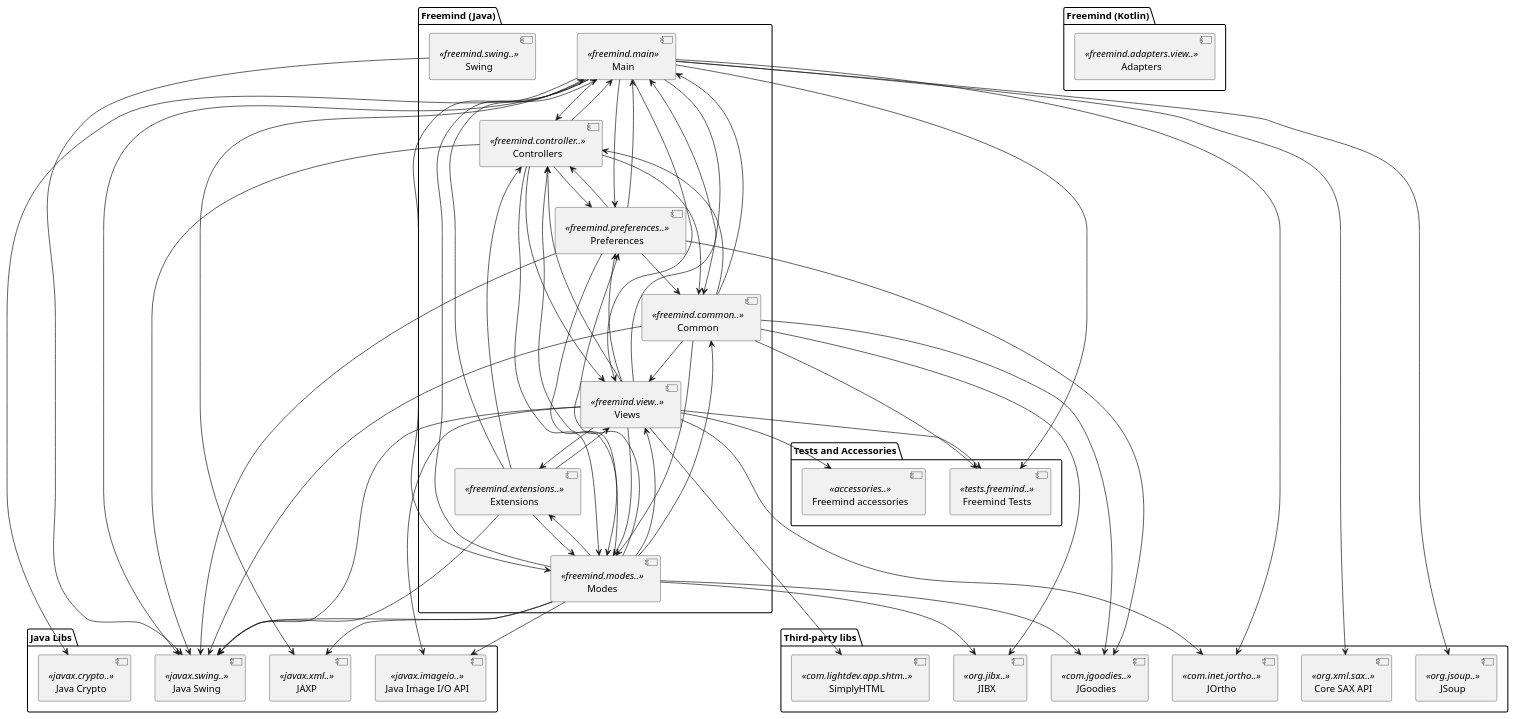
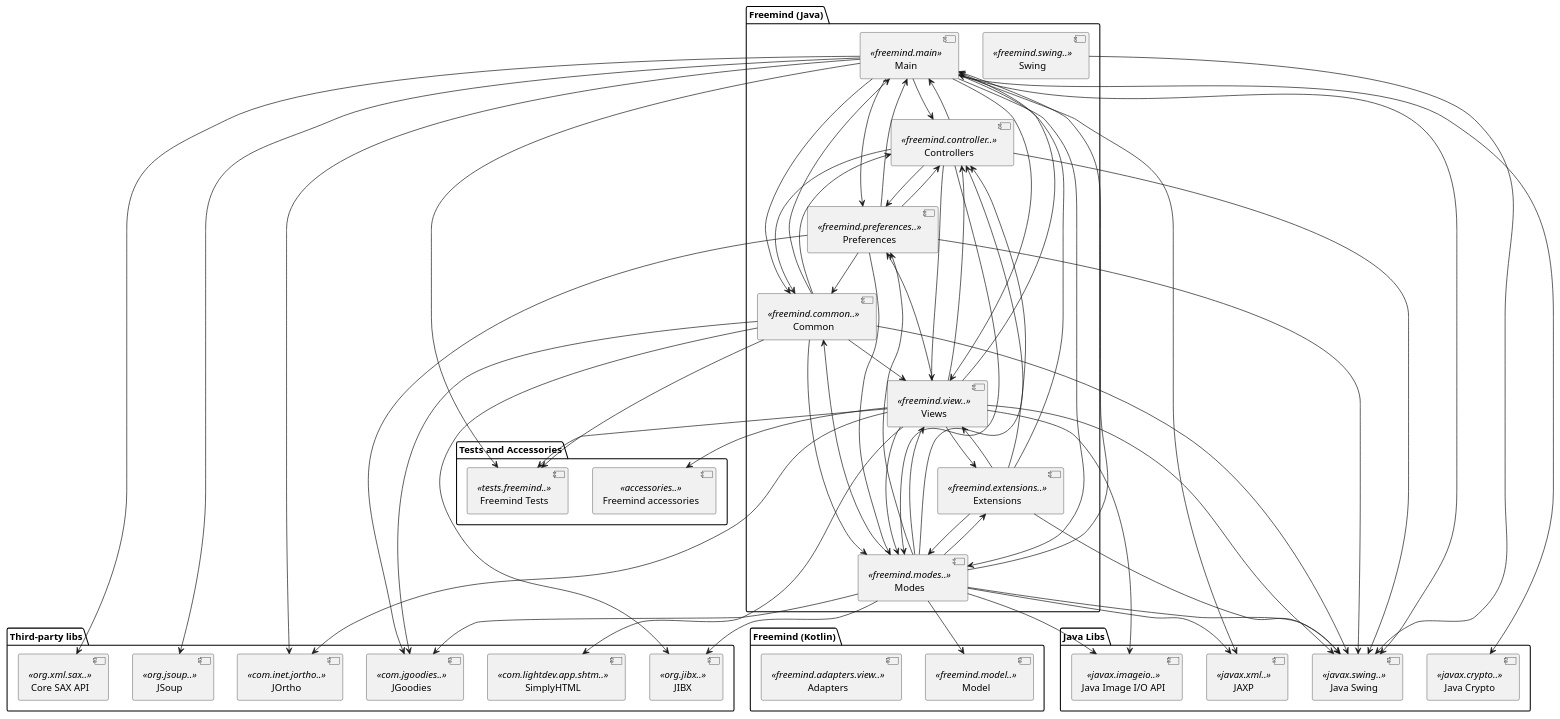
The diagram in uml/Freemind.puml (d4span/freemind-old), drawn with PlantUML before and after one commit. The commit also changed 6 other files, not shown here.

Commit message:
Moved the text property from the Java interface MindMapNode to the Kotlin interface MindmapNode.kt.

```diff
--- a/uml/Freemind.puml
+++ b/uml/Freemind.puml
@@ -1,107 +1,109 @@
 @startuml Freemind
 
 package "Freemind (Java)" {
     [Main] <<freemind.main>>
     [Controllers] <<freemind.controller..>>
     [Modes] <<freemind.modes..>>
     [Views] <<freemind.view..>>
     [Common] <<freemind.common..>>
     [Preferences] <<freemind.preferences..>>
     [Extensions] <<freemind.extensions..>>
     [Swing] <<freemind.swing..>>
 }
 
 package "Freemind (Kotlin)" {
+    [Model] <<freemind.model..>>
     [Adapters] <<freemind.adapters.view..>>
 }
 
 package "Tests and Accessories" {
     [Freemind Tests] <<tests.freemind..>>
     [Freemind accessories] <<accessories..>>
 }
 
 package "Java Libs" {
     [Java Swing] <<javax.swing..>>
     [JAXP] <<javax.xml..>>
     [Java Crypto] <<javax.crypto..>>
     [Java Image I/O API] <<javax.imageio..>>
 }
 
 package "Third-party libs" {
     [JSoup] <<org.jsoup..>>
     [JOrtho] <<com.inet.jortho..>>
     [SimplyHTML] <<com.lightdev.app.shtm..>>
     [JIBX] <<org.jibx..>>
     [JGoodies] <<com.jgoodies..>>
     [Core SAX API] <<org.xml.sax..>>
 }
 
 [Swing] --> [Java Swing]
 
 [Common] --> [Main]
 [Common] --> [Modes]
 [Common] --> [Controllers]
 [Common] --> [Views]
 [Common] --> [Freemind Tests]
 [Common] --> [Java Swing]
 [Common] --> [JIBX]
 [Common] --> [JGoodies]
 
 [Controllers] --> [Views]
 [Controllers] --> [Common]
 [Controllers] --> [Main]
 [Controllers] --> [Modes]
 [Controllers] --> [Preferences]
 [Controllers] --> [Java Swing]
 
 [Extensions] --> [Main]
 [Extensions] --> [Views]
 [Extensions] --> [Controllers]
 [Extensions] --> [Modes]
 [Extensions] --> [Java Swing]
 
 [Views] --> [Controllers]
 [Views] --> [Extensions]
 [Views] --> [Freemind accessories]
 [Views] --> [Freemind Tests]
 [Views] --> [Java Swing]
 [Views] --> [Java Image I/O API]
 [Views] --> [Modes]
 [Views] --> [Main]
 [Views] --> [Preferences]
 [Views] --> [JOrtho]
 [Views] --> [SimplyHTML]
 
 [Preferences] --> [Common]
 [Preferences] --> [Main]
 [Preferences] --> [Modes]
 [Preferences] --> [JGoodies]
 [Preferences] --> [Controllers]
 [Preferences] --> [Java Swing]
 
+[Modes] --> [Model]
 [Modes] --> [Preferences]
 [Modes] --> [Controllers]
 [Modes] --> [Views]
 [Modes] --> [Main]
 [Modes] --> [Extensions]
 [Modes] --> [Common]
 [Modes] --> [Java Swing]
 [Modes] --> [JAXP]
 [Modes] --> [JIBX]
 [Modes] --> [Java Image I/O API]
 [Modes] --> [JGoodies]
 
 [Main] --> [Preferences]
 [Main] --> [Common]
 [Main] --> [Views]
 [Main] --> [Controllers]
 [Main] --> [Modes]
 [Main] --> [Java Swing]
 [Main] --> [JSoup]
 [Main] --> [JAXP]
 [Main] --> [Java Crypto]
 [Main] --> [JOrtho]
 [Main] --> [Core SAX API]
 [Main] --> [Freemind Tests]
 
 @enduml
```
